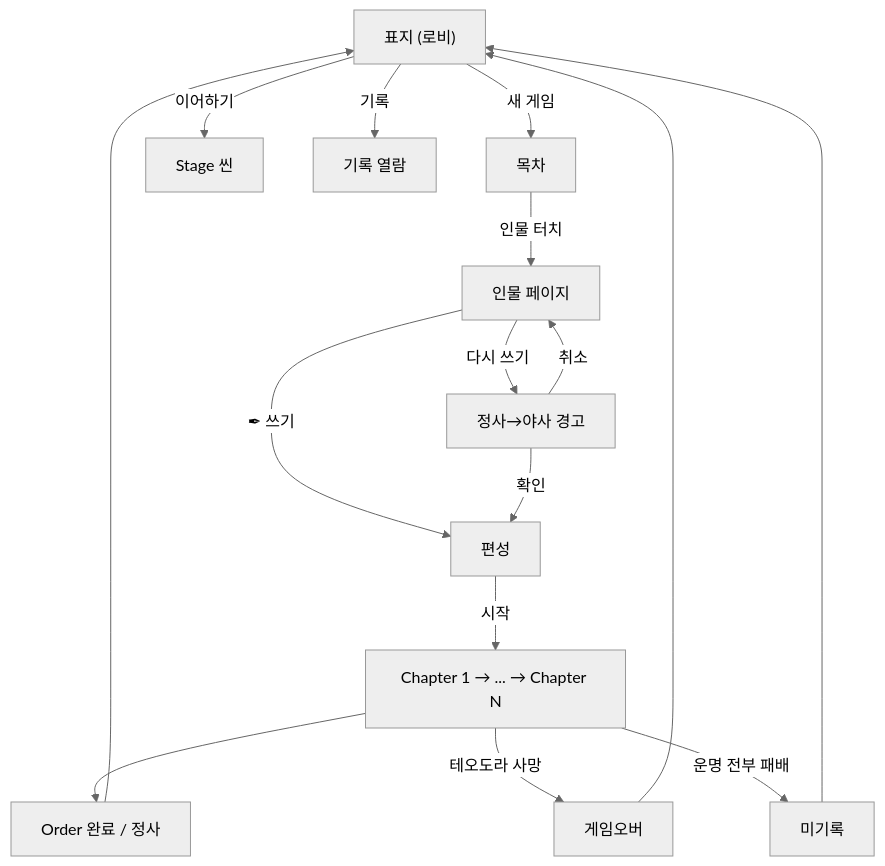
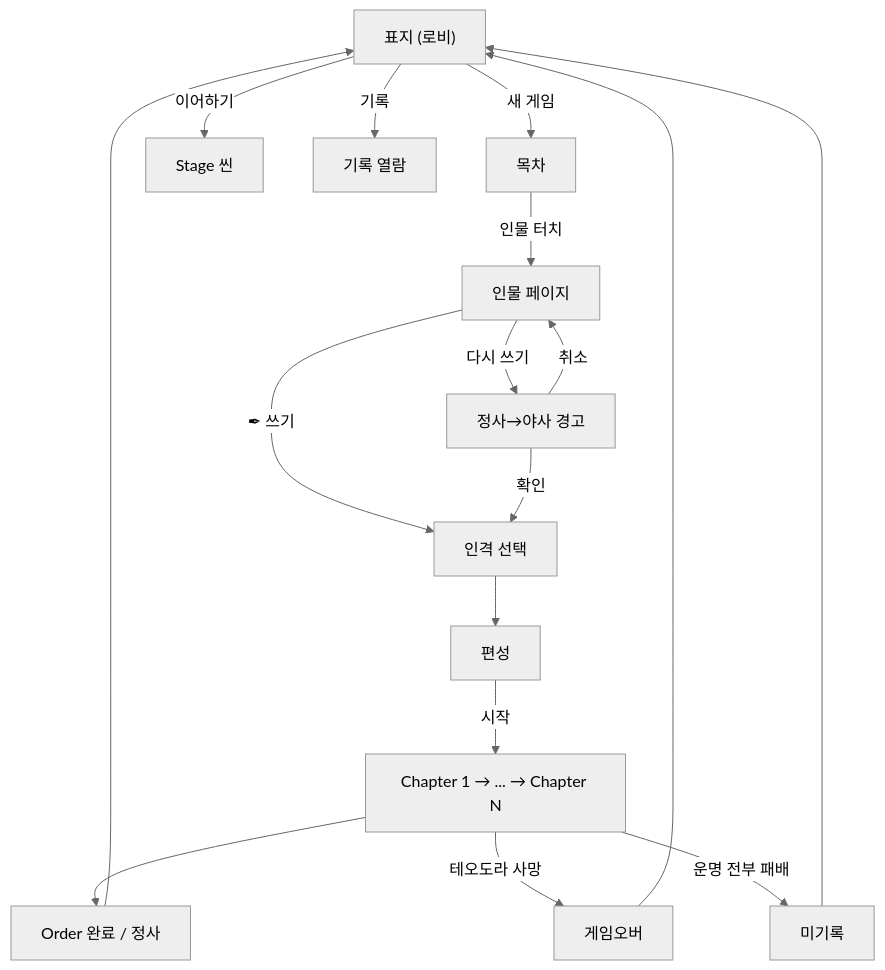
The diagram in 04_메타/책구조.md (roam1215-beep/Chronicle-wiki), drawn with Mermaid (neutral theme) before and after one commit. The commit also changed other lines of this file and 20 other files, not shown here.

````diff
--- a/04_메타/책구조.md
+++ b/04_메타/책구조.md
@@ -85,20 +128,21 @@
 ```mermaid
 flowchart TD
     COVER["표지 (로비)"] -->|새 게임| TOC["목차"]
     COVER -->|이어하기| STAGE["Stage 씬"]
     COVER -->|기록| RECORD["기록 열람"]
 
     TOC -->|인물 터치| CHARPAGE["인물 페이지"]
 
-    CHARPAGE -->|✒ 쓰기| FORMATION["편성"]
+    CHARPAGE -->|✒ 쓰기| PERSONA["인격 선택"]
     CHARPAGE -->|다시 쓰기| WARN["정사→야사 경고"]
-    WARN -->|확인| FORMATION
+    WARN -->|확인| PERSONA
     WARN -->|취소| CHARPAGE
 
+    PERSONA --> FORMATION["편성"]
     FORMATION -->|시작| CHAPTERS["Chapter 1 → ... → Chapter N"]
     CHAPTERS --> SAVE["Order 완료 / 정사"]
     SAVE --> COVER
 
     CHAPTERS -->|테오도라 사망| GAMEOVER["게임오버"] --> COVER
     CHAPTERS -->|운명 전부 패배| FAIL["미기록"] --> COVER
 ```
````
